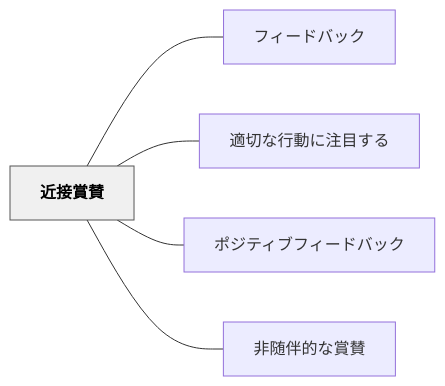
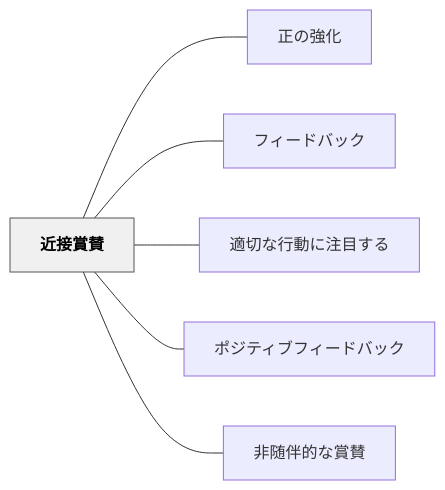
Before and after one commit to unknownthings-ed-patterns/unknownthings-ed-patterns: the diagram in content/パタン/近接賞賛.md, drawn with Mermaid. The commit also changed other lines of this file and 473 other files, not shown here.

````diff
--- a/content/パタン/近接賞賛.md
+++ b/content/パタン/近接賞賛.md
@@ -52,16 +53,18 @@
 ```mermaid
 flowchart LR
     ne8bf91e68ea5["近接賞賛"]
+    ne6ada3e381ae["正の強化"]
     ne38395e382a3["フィードバック"]
     ne981a9e58887["適切な行動に注目する"]
     ne3839de382b8["ポジティブフィードバック"]
     ne99d9ee99a8f["非随伴的な賞賛"]
 
+    ne8bf91e68ea5 --- ne6ada3e381ae
     ne8bf91e68ea5 --- ne38395e382a3
     ne8bf91e68ea5 --- ne981a9e58887
     ne8bf91e68ea5 --- ne3839de382b8
     ne8bf91e68ea5 --- ne99d9ee99a8f
 
     classDef hub fill:#f0f0f0,stroke:#555,color:#000,font-weight:bold
     class ne8bf91e68ea5 hub
 ```
````
